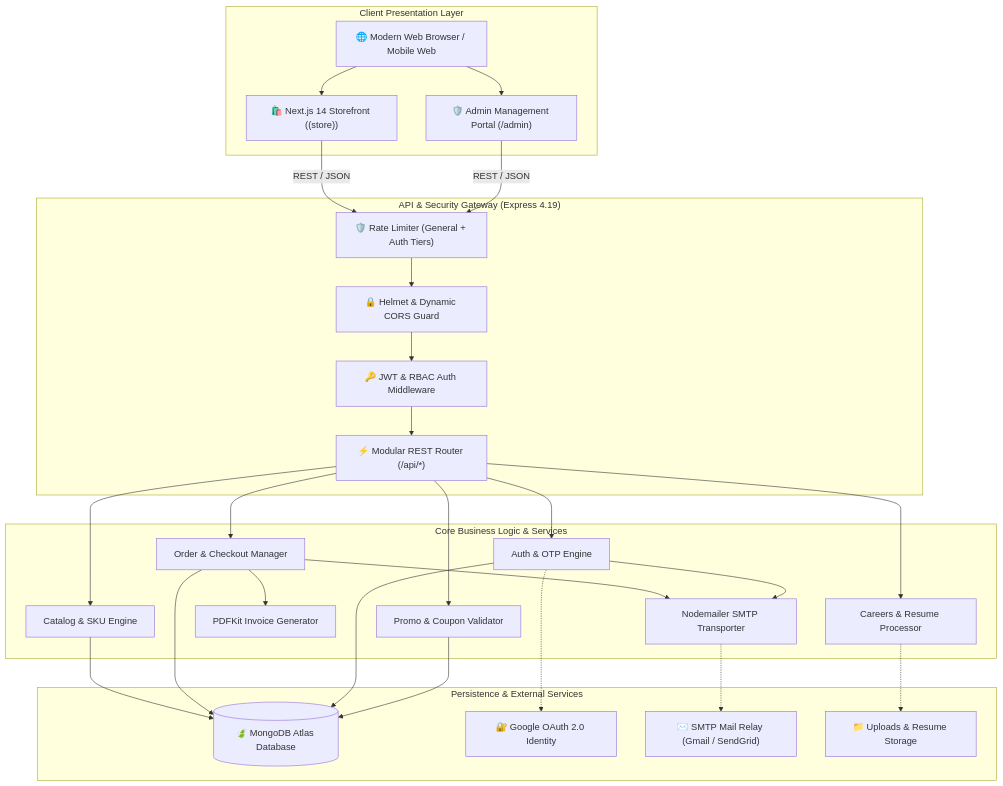
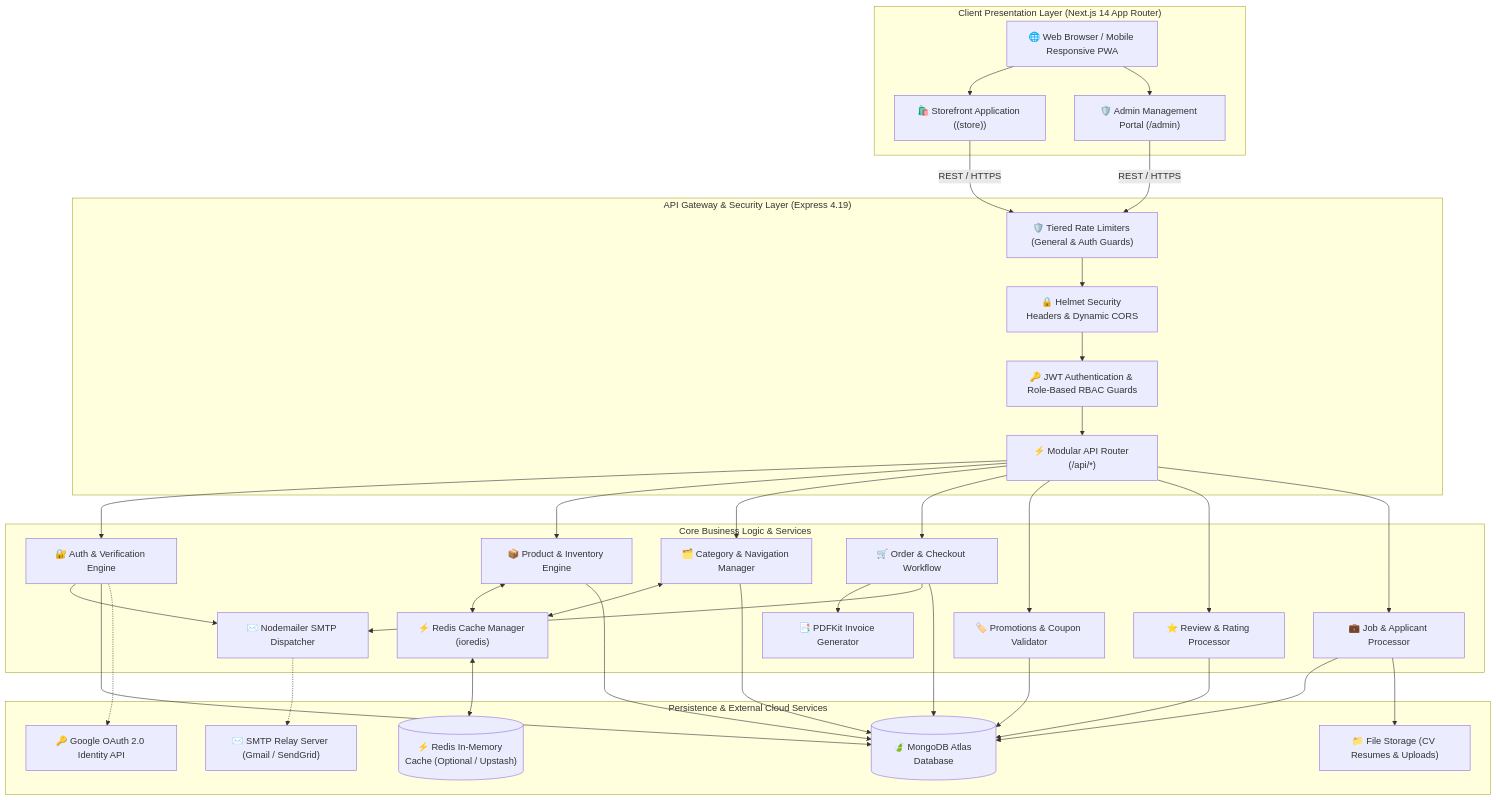
One commit to JoyTarafder/ShajSutro_ changed the first of 2 diagrams in README.md. Above: the diagram before and after it, drawn with Mermaid. The commit also changed other lines of this file, not shown here.

Commit message:
docs: update README mermaid architecture diagrams and ER schema to reflect current system state

````diff
--- a/README.md
+++ b/README.md
@@ -58,58 +58,70 @@
 ```mermaid
 flowchart TB
-    subgraph ClientLayer ["Client Presentation Layer"]
-        Browser["🌐 Modern Web Browser / Mobile Web"]
-        Storefront["🛍️ Next.js 14 Storefront ((store))"]
+    subgraph ClientLayer ["Client Presentation Layer (Next.js 14 App Router)"]
+        Browser["🌐 Web Browser / Mobile Responsive PWA"]
+        Storefront["🛍️ Storefront Application ((store))"]
         AdminDashboard["🛡️ Admin Management Portal (/admin)"]
         Browser --> Storefront
         Browser --> AdminDashboard
     end
 
-    subgraph APILayer ["API & Security Gateway (Express 4.19)"]
-        RateLimiter["🛡️ Rate Limiter (General + Auth Tiers)"]
-        HelmetCORS["🔒 Helmet & Dynamic CORS Guard"]
-        JWTAuth["🔑 JWT & RBAC Auth Middleware"]
-        Router["⚡ Modular REST Router (/api/*)"]
+    subgraph GatewayLayer ["API Gateway & Security Layer (Express 4.19)"]
+        RateLimiter["🛡️ Tiered Rate Limiters (General & Auth Guards)"]
+        HelmetCORS["🔒 Helmet Security Headers & Dynamic CORS"]
+        JWTAuth["🔑 JWT Authentication & Role-Based RBAC Guards"]
+        Router["⚡ Modular API Router (/api/*)"]
         
-        Storefront -->|REST / JSON| RateLimiter
-        AdminDashboard -->|REST / JSON| RateLimiter
+        Storefront -->|REST / HTTPS| RateLimiter
+        AdminDashboard -->|REST / HTTPS| RateLimiter
         RateLimiter --> HelmetCORS
         HelmetCORS --> JWTAuth
         JWTAuth --> Router
     end
 
-    subgraph ServicesLayer ["Core Business Logic & Services"]
-        AuthService["Auth & OTP Engine"]
-        ProductService["Catalog & SKU Engine"]
-        OrderService["Order & Checkout Manager"]
-        PromoEngine["Promo & Coupon Validator"]
-        InvoiceEngine["PDFKit Invoice Generator"]
-        MailerService["Nodemailer SMTP Transporter"]
-        JobService["Careers & Resume Processor"]
+    subgraph ServiceLayer ["Core Business Logic & Services"]
+        AuthService["🔐 Auth & Verification Engine"]
+        ProductService["📦 Product & Inventory Engine"]
+        CategoryService["🗂️ Category & Navigation Manager"]
+        OrderService["🛒 Order & Checkout Workflow"]
+        PromoService["🏷️ Promotions & Coupon Validator"]
+        ReviewService["⭐ Review & Rating Processor"]
+        InvoiceService["📑 PDFKit Invoice Generator"]
+        MailService["✉️ Nodemailer SMTP Dispatcher"]
+        CareerService["💼 Job & Applicant Processor"]
+        CacheService["⚡ Redis Cache Manager (ioredis)"]
         
         Router --> AuthService
         Router --> ProductService
+        Router --> CategoryService
         Router --> OrderService
-        Router --> PromoEngine
-        Router --> JobService
+        Router --> PromoService
+        Router --> ReviewService
+        Router --> CareerService
         
-        OrderService --> InvoiceEngine
-        OrderService --> MailerService
-        AuthService --> MailerService
+        ProductService <--> CacheService
+        CategoryService <--> CacheService
+        OrderService --> InvoiceService
+        OrderService --> MailService
+        AuthService --> MailService
     end
 
-    subgraph DataLayer ["Persistence & External Services"]
+    subgraph PersistenceLayer ["Persistence & External Cloud Services"]
         MongoDB[("🍃 MongoDB Atlas Database")]
-        GoogleOAuth["🔐 Google OAuth 2.0 Identity"]
-        SMTPServer["✉️ SMTP Mail Relay (Gmail / SendGrid)"]
-        DiskStorage["📁 Uploads & Resume Storage"]
+        RedisCache[("⚡ Redis In-Memory Cache (Optional / Upstash)")]
+        GoogleOAuth["🔑 Google OAuth 2.0 Identity API"]
+        SMTPServer["✉️ SMTP Relay Server (Gmail / SendGrid)"]
+        LocalStorage["📁 File Storage (CV Resumes & Uploads)"]
         
-        AuthService -.-> GoogleOAuth
-        MailerService -.-> SMTPServer
-        JobService -.-> DiskStorage
+        CacheService <--> RedisCache
         ProductService --> MongoDB
+        CategoryService --> MongoDB
         OrderService --> MongoDB
         AuthService --> MongoDB
-        PromoEngine --> MongoDB
+        PromoService --> MongoDB
+        ReviewService --> MongoDB
+        CareerService --> MongoDB
+        CareerService --> LocalStorage
+        AuthService -.-> GoogleOAuth
+        MailService -.-> SMTPServer
     end
 ```
````
